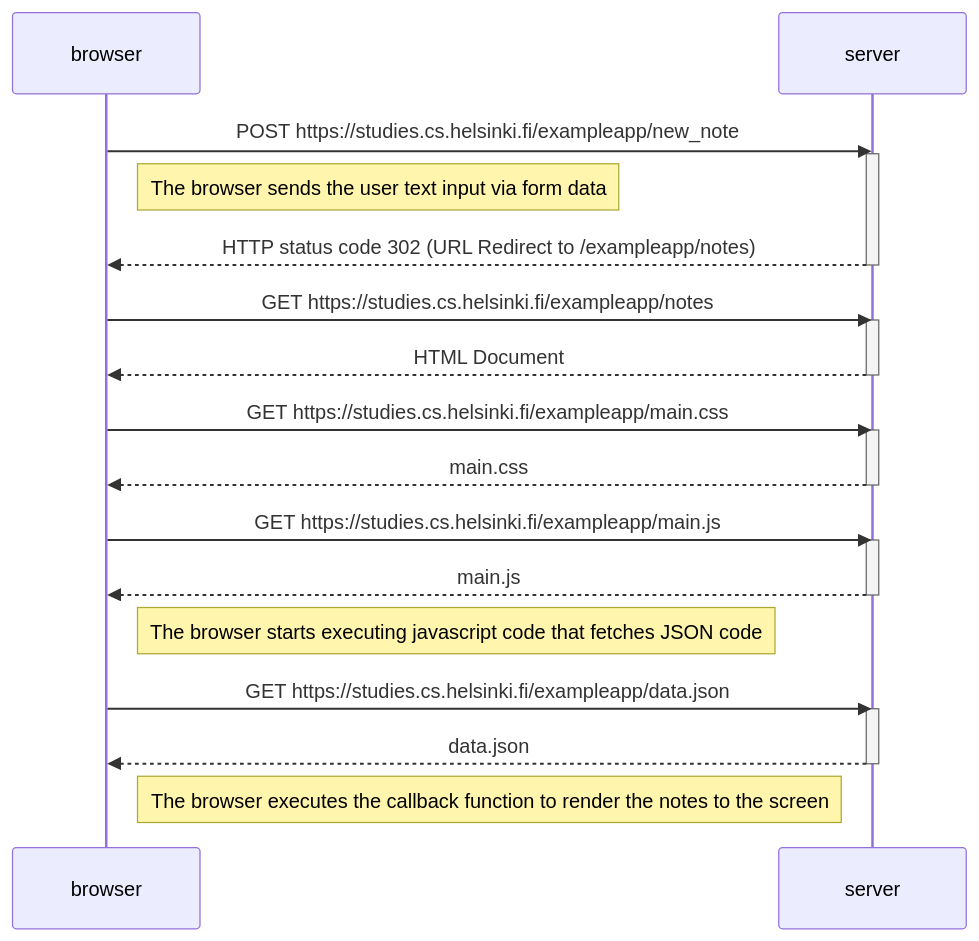
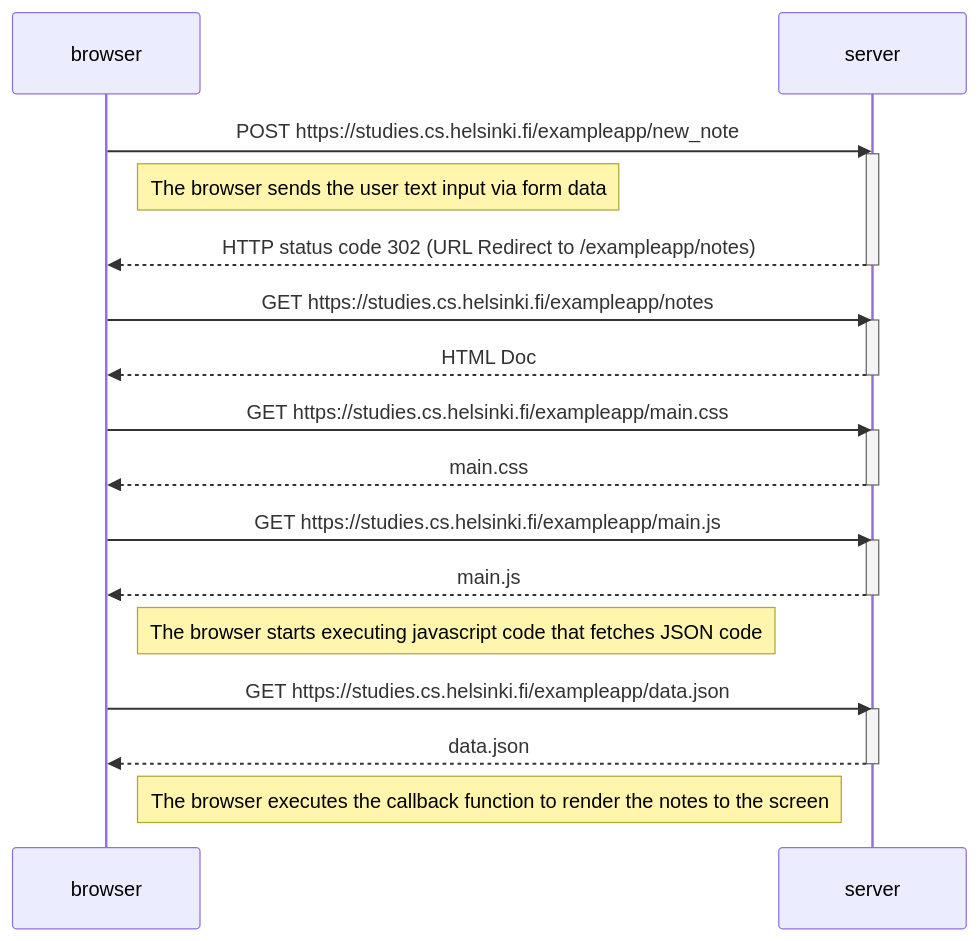
One commit to gokuman86/fullstackopen changed the diagram in part0/0.4.md. Above: the diagram before and after it, drawn with Mermaid.

````diff
--- a/part0/0.4.md
+++ b/part0/0.4.md
@@ -1,35 +1,35 @@
 ```mermaid
 sequenceDiagram
   participant browser
   participant server
 
   browser->>server: POST https://studies.cs.helsinki.fi/exampleapp/new_note
   activate server
   Note right of browser: The browser sends the user text input via form data
   server-->>browser: HTTP status code 302 (URL Redirect to /exampleapp/notes)
   deactivate server
 
   browser->>server: GET https://studies.cs.helsinki.fi/exampleapp/notes
   activate server
-  server-->>browser: HTML Document
+  server-->>browser: HTML Doc
   deactivate server
 
   browser->>server: GET https://studies.cs.helsinki.fi/exampleapp/main.css
   activate server
   server-->>browser: main.css
   deactivate server
 
   browser->>server: GET https://studies.cs.helsinki.fi/exampleapp/main.js
   activate server
   server-->>browser: main.js
   deactivate server
 
   Note right of browser: The browser starts executing javascript code that fetches JSON code
 
   browser->>server: GET https://studies.cs.helsinki.fi/exampleapp/data.json
   activate server
   server-->>browser: data.json
   deactivate server
 
   Note right of browser: The browser executes the callback function to render the notes to the screen
 ```
````
